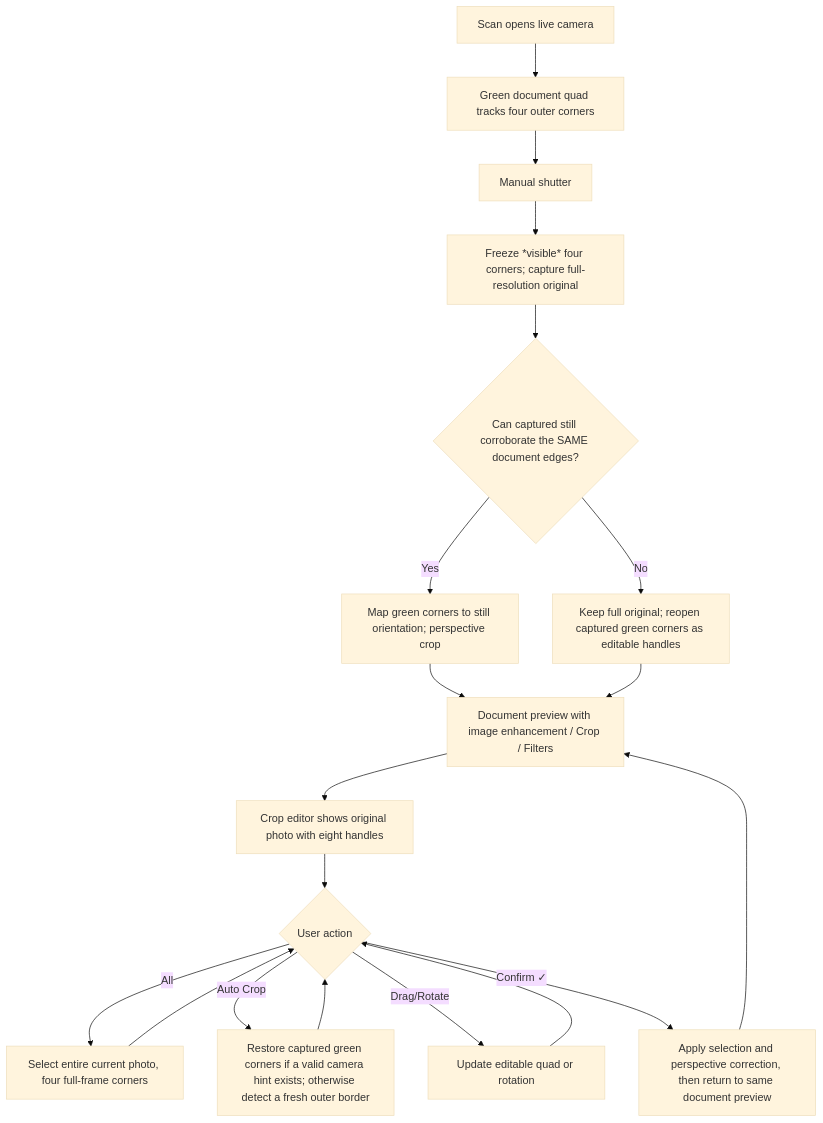
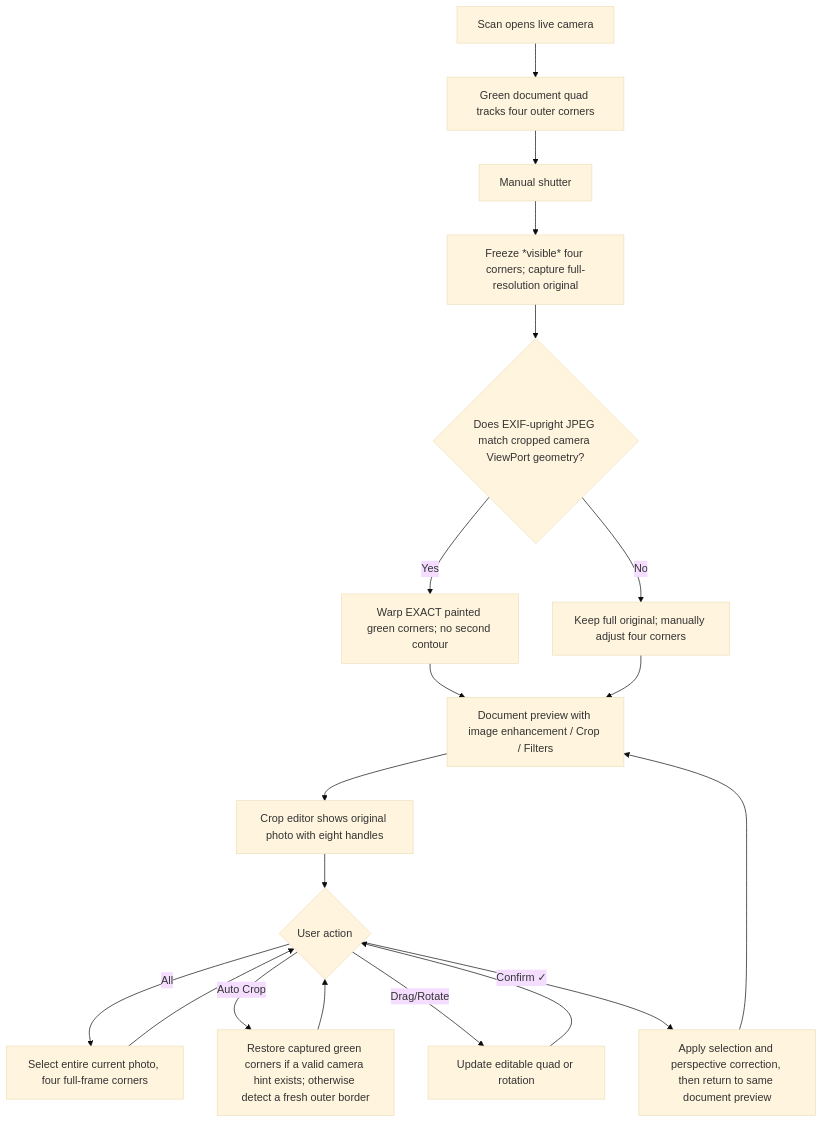
One commit to faria2177/DS-Fult changed the diagram in docs/CAMSCANNER_REFERENCE_CAMERA_WORKFLOW.md. Above: the diagram before and after it, drawn with Mermaid (base theme). The commit also changed other lines of this file, not shown here.

Commit message:
Document verified green-corner geometric crop policy and remaining device testing

````diff
--- a/docs/CAMSCANNER_REFERENCE_CAMERA_WORKFLOW.md
+++ b/docs/CAMSCANNER_REFERENCE_CAMERA_WORKFLOW.md
@@ -27,21 +27,21 @@
 ```mermaid
 flowchart TD
   A[Scan opens live camera] --> B[Green document quad tracks four outer corners]
   B --> C[Manual shutter]
   C --> D[Freeze *visible* four corners; capture full-resolution original]
-  D --> E{Can captured still corroborate the SAME document edges?}
-  E -->|Yes| F[Map green corners to still orientation; perspective crop]
-  E -->|No| G[Keep full original; reopen captured green corners as editable handles]
+  D --> E{Does EXIF-upright JPEG match cropped camera ViewPort geometry?}
+  E -->|Yes| F[Warp EXACT painted green corners; no second contour]
+  E -->|No| G[Keep full original; manually adjust four corners]
   F --> H[Document preview with image enhancement / Crop / Filters]
   G --> H
   H --> I[Crop editor shows original photo with eight handles]
   I --> J{User action}
   J -->|All| K[Select entire current photo, four full-frame corners]
   K --> J
   J -->|Auto Crop| L[Restore captured green corners if a valid camera hint exists; otherwise detect a fresh outer border]
   L --> J
   J -->|Drag/Rotate| M[Update editable quad or rotation]
   M --> J
   J -->|Confirm ✓| N[Apply selection and perspective correction, then return to same document preview]
   N --> H
 ```
````
